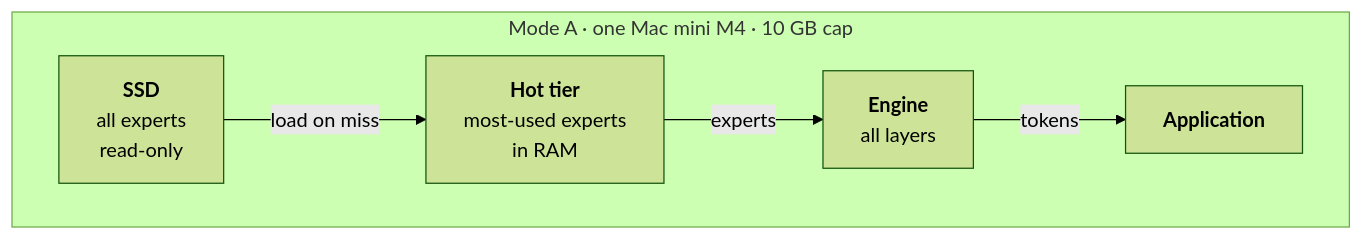
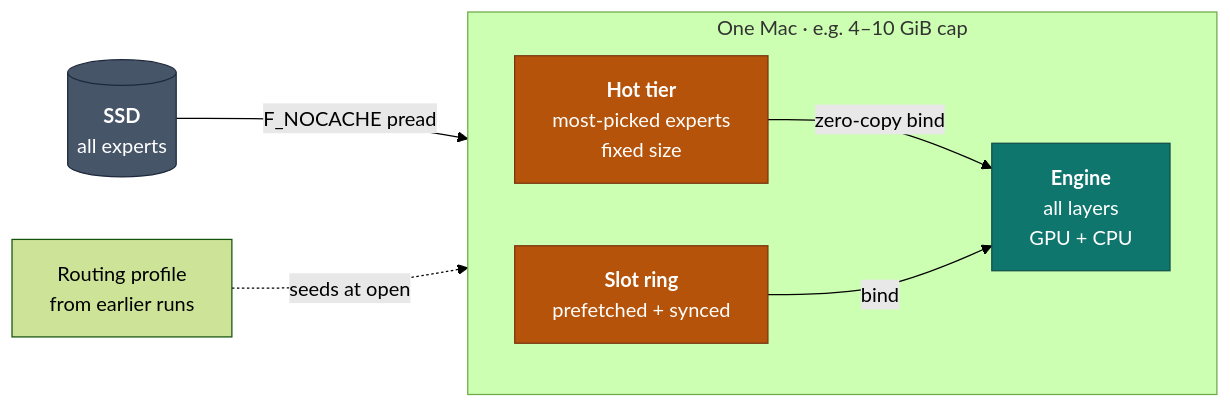
Before and after one commit to transybao1393/streamoe: the fourth of 7 diagrams in README.md, drawn with Mermaid (forest theme). The commit also changed other lines of this file, not shown here.

First line of the commit message:
docs: README states streamoe's direction and redraws the architecture

````diff
--- a/README.md
+++ b/README.md
@@ -71,9 +187,17 @@
 ```mermaid
 flowchart LR
-    subgraph A["Mode A · one Mac mini M4 · 10 GB cap"]
+    classDef mem fill:#b45309,stroke:#78350f,color:#ffffff
+    classDef disk fill:#475569,stroke:#1e293b,color:#ffffff
+    classDef engine fill:#0f766e,stroke:#134e4a,color:#ffffff
+
+    subgraph MAC["One Mac · e.g. 4–10 GiB cap"]
         direction LR
-        SSD["<b>SSD</b><br/>all experts<br/>read-only"] -- "load on miss" --> HOT["<b>Hot tier</b><br/>most-used experts<br/>in RAM"]
-        HOT -- "experts" --> ENGINE["<b>Engine</b><br/>all layers"]
-        ENGINE -- "tokens" --> APP["<b>Application</b>"]
+        HOT["<b>Hot tier</b><br/>most-picked experts<br/>fixed size"]:::mem
+        SLOTS["<b>Slot ring</b><br/>prefetched + synced"]:::mem
+        ENG["<b>Engine</b><br/>all layers<br/>GPU + CPU"]:::engine
+        HOT -- "zero-copy bind" --> ENG
+        SLOTS -- "bind" --> ENG
     end
+    SSD[("<b>SSD</b><br/>all experts")]:::disk -- "F_NOCACHE pread" --> SLOTS
+    PROF["Routing profile<br/>from earlier runs"] -. "seeds at open" .-> HOT
 ```
````
